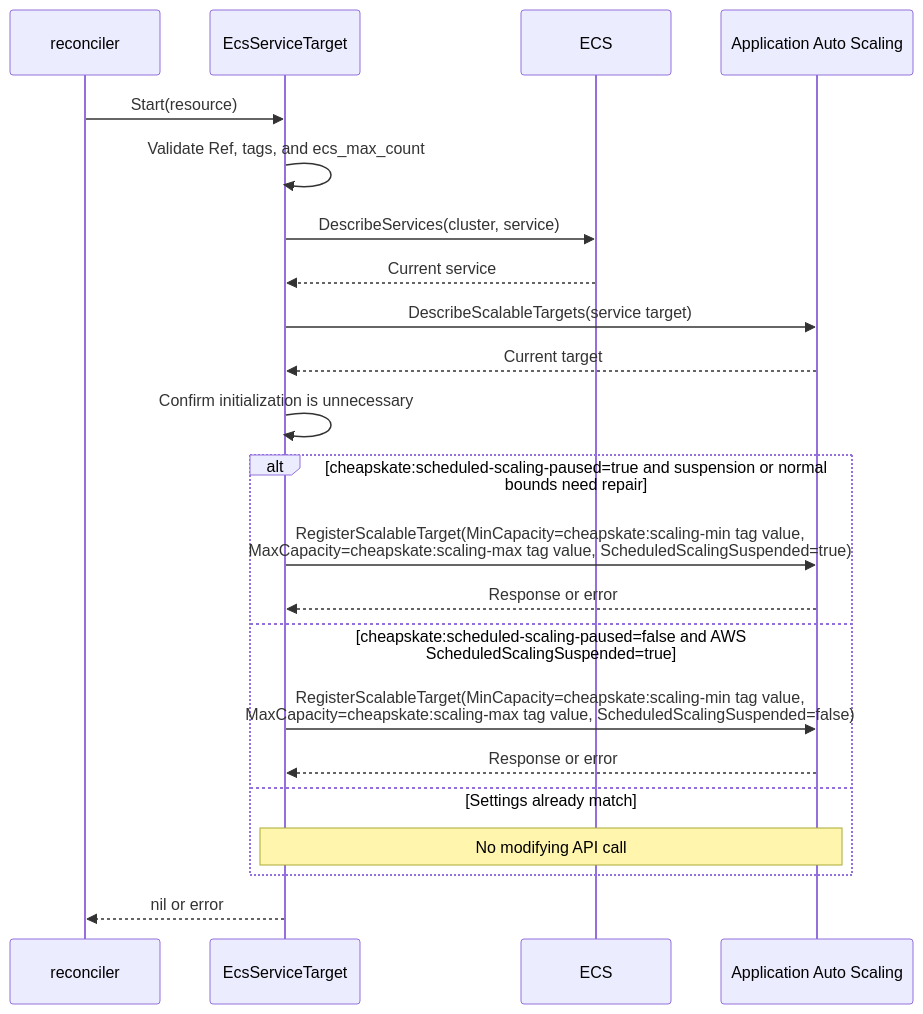
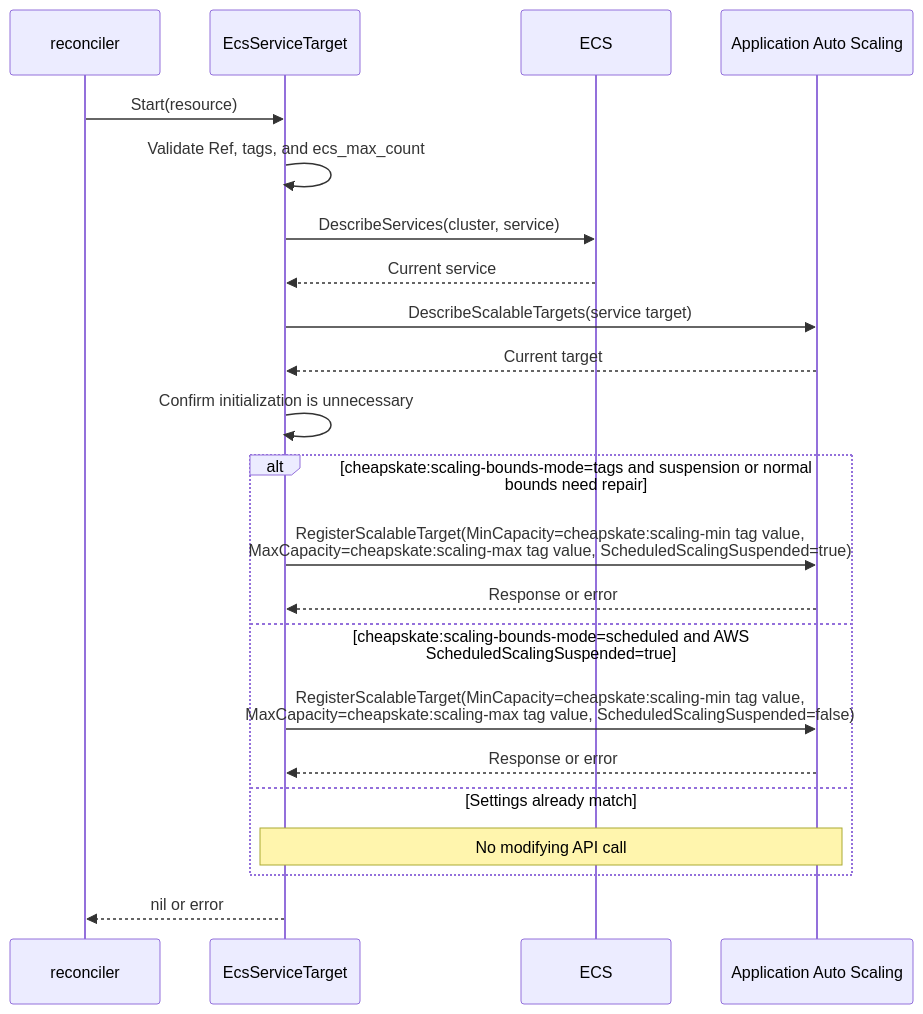
Before and after one commit to moepig/cheapskate: the eighth of 9 diagrams in docs/en/development/resource_sequence.md, drawn with Mermaid. The commit also changed other lines of this file and 22 other files, not shown here.

Commit message:
Clarify ECS scaling bounds management modes

````diff
--- a/docs/en/development/resource_sequence.md
+++ b/docs/en/development/resource_sequence.md
@@ -301,24 +303,24 @@
 ```mermaid
 sequenceDiagram
     participant Reconciler as reconciler
     participant Adapter as EcsServiceTarget
     participant EcsAPI as ECS
     participant AutoScaling as Application Auto Scaling
     Reconciler->>Adapter: Start(resource)
     Adapter->>Adapter: Validate Ref, tags, and ecs_max_count
     Adapter->>EcsAPI: DescribeServices(cluster, service)
     EcsAPI-->>Adapter: Current service
     Adapter->>AutoScaling: DescribeScalableTargets(service target)
     AutoScaling-->>Adapter: Current target
     Adapter->>Adapter: Confirm initialization is unnecessary
-    alt cheapskate:scheduled-scaling-paused=true and suspension or normal bounds need repair
+    alt cheapskate:scaling-bounds-mode=tags and suspension or normal bounds need repair
         Adapter->>AutoScaling: RegisterScalableTarget(MinCapacity=cheapskate:scaling-min tag value,<br/>MaxCapacity=cheapskate:scaling-max tag value, ScheduledScalingSuspended=true)
         AutoScaling-->>Adapter: Response or error
-    else cheapskate:scheduled-scaling-paused=false and AWS ScheduledScalingSuspended=true
+    else cheapskate:scaling-bounds-mode=scheduled and AWS ScheduledScalingSuspended=true
         Adapter->>AutoScaling: RegisterScalableTarget(MinCapacity=cheapskate:scaling-min tag value,<br/>MaxCapacity=cheapskate:scaling-max tag value, ScheduledScalingSuspended=false)
         AutoScaling-->>Adapter: Response or error
     else Settings already match
         Note over Adapter,AutoScaling: No modifying API call
     end
     Adapter-->>Reconciler: nil or error
 ```
````
